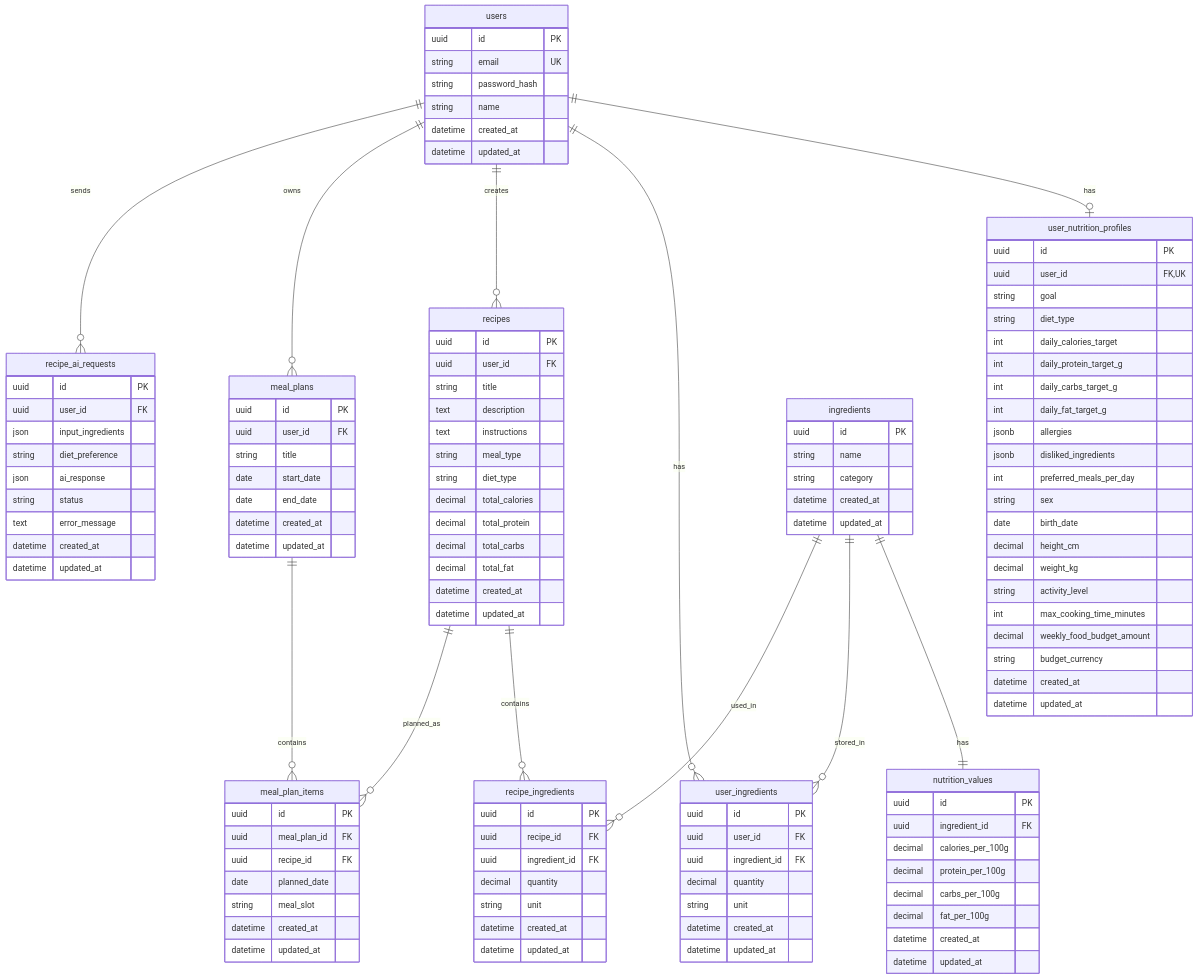
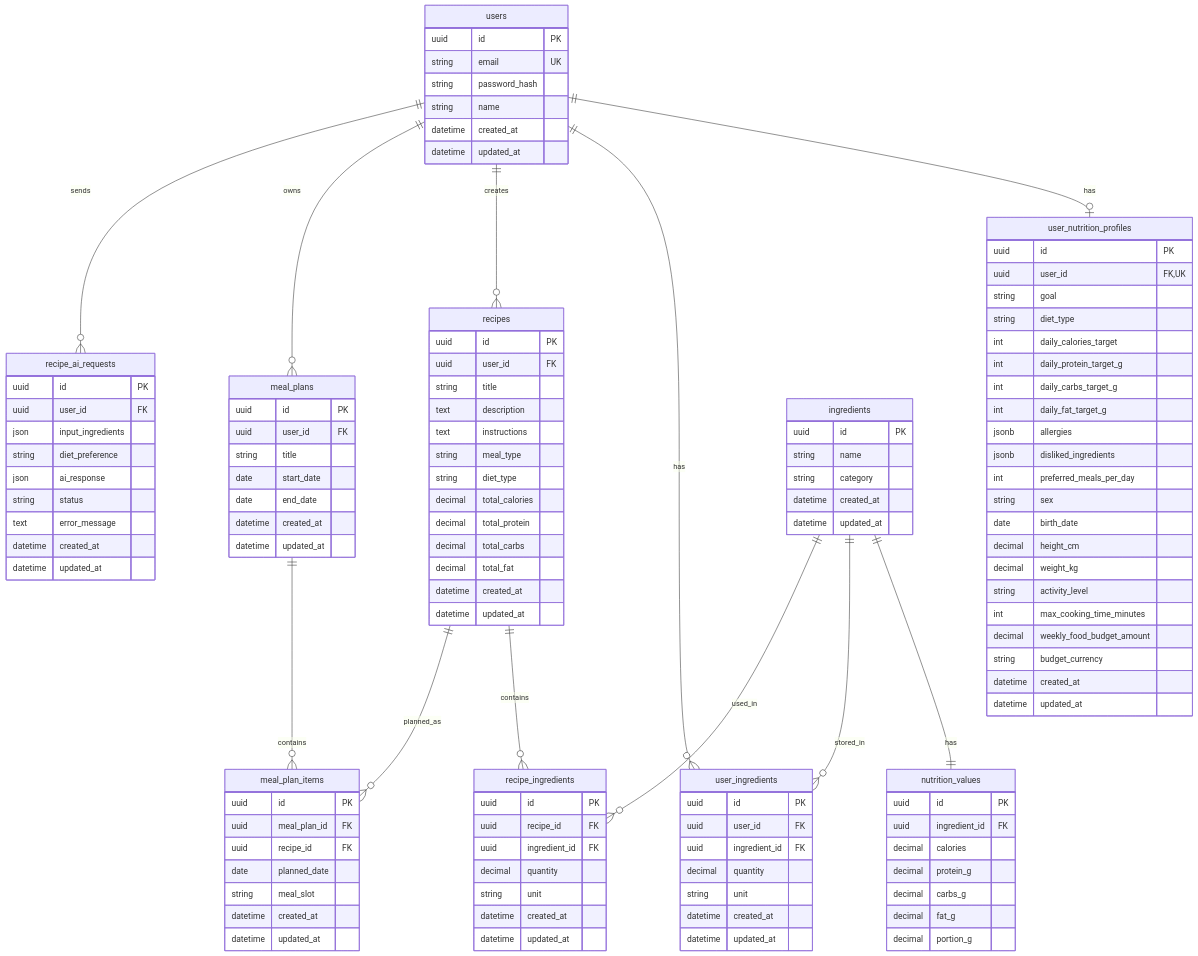
The diagram in docs/database/erd.md (Pavel404-dev/Mealio), drawn with Mermaid before and after one commit. The commit also changed other lines of this file and 9 other files, not shown here.

```diff
--- a/docs/database/erd.md
+++ b/docs/database/erd.md
@@ -88,12 +88,11 @@
     nutrition_values {
         uuid id PK
         uuid ingredient_id FK
-        decimal calories_per_100g
-        decimal protein_per_100g
-        decimal carbs_per_100g
-        decimal fat_per_100g
-        datetime created_at
-        datetime updated_at
+        decimal calories
+        decimal protein_g
+        decimal carbs_g
+        decimal fat_g
+        decimal portion_g
     }
 
     user_ingredients {
```
